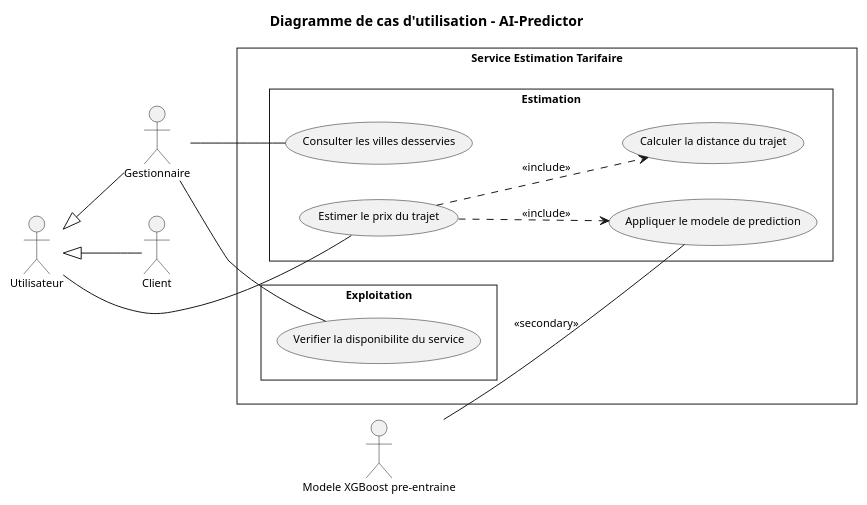
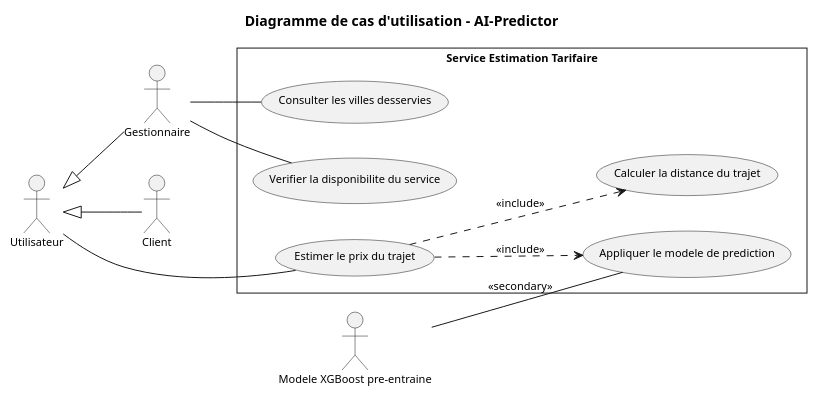
One commit to saber-barhoumi/Xpark-gmao changed the diagram in docs/diagrams/microservices/AI-Predictor/AI-Predictor-usecase.puml. Above: the diagram before and after it, drawn with PlantUML. The commit also changed 37 other files, not shown here.

```diff
--- a/docs/diagrams/microservices/AI-Predictor/AI-Predictor-usecase.puml
+++ b/docs/diagrams/microservices/AI-Predictor/AI-Predictor-usecase.puml
@@ -1,45 +1,41 @@
 @startuml
 skinparam style strictuml
 skinparam packageStyle rectangle
 skinparam shadowing false
 skinparam defaultFontName Verdana
 skinparam defaultFontSize 11
 skinparam backgroundColor #FFFFFF
 left to right direction
 
 title Diagramme de cas d'utilisation - AI-Predictor
 
 ' Acteurs principaux (a gauche)
 actor "Utilisateur" as Utilisateur
 actor "Gestionnaire" as Gestionnaire
 actor "Client" as Client
 
 Utilisateur <|-- Gestionnaire
 Utilisateur <|-- Client
 
 rectangle "Service Estimation Tarifaire" {
-  package "Estimation" {
-    usecase "Estimer le prix du trajet" as UC_Estimer_le_prix_du_trajet
-    usecase "Consulter les villes desservies" as UC_Consulter_les_villes_desservies
-    usecase "Calculer la distance du trajet" as UC_Calculer_la_distance_du_trajet
-    usecase "Appliquer le modele de prediction" as UC_Appliquer_le_modele_de_prediction
-  }
-  package "Exploitation" {
-    usecase "Verifier la disponibilite du service" as UC_Verifier_la_disponibilite_du_servi
-  }
+  usecase "Estimer le prix du trajet" as UC_Estimer_le_prix_du_trajet
+  usecase "Consulter les villes desservies" as UC_Consulter_les_villes_desservies
+  usecase "Calculer la distance du trajet" as UC_Calculer_la_distance_du_trajet
+  usecase "Appliquer le modele de prediction" as UC_Appliquer_le_modele_de_prediction
+  usecase "Verifier la disponibilite du service" as UC_Verifier_la_disponibilite_du_servi
 }
 
 ' Acteurs secondaires (a droite, hors frontiere)
 actor "Modele XGBoost pre-entraine" as Modele
 
 ' Associations : trait continu sans fleche (UML : relation d'association)
 Utilisateur -- UC_Estimer_le_prix_du_trajet
 Gestionnaire -- UC_Consulter_les_villes_desservies
 Gestionnaire -- UC_Verifier_la_disponibilite_du_servi
 
 Modele -- UC_Appliquer_le_modele_de_prediction : << secondary >>
 
 UC_Estimer_le_prix_du_trajet ..> UC_Calculer_la_distance_du_trajet : << include >>
 UC_Estimer_le_prix_du_trajet ..> UC_Appliquer_le_modele_de_prediction : << include >>
 
 @enduml
```
